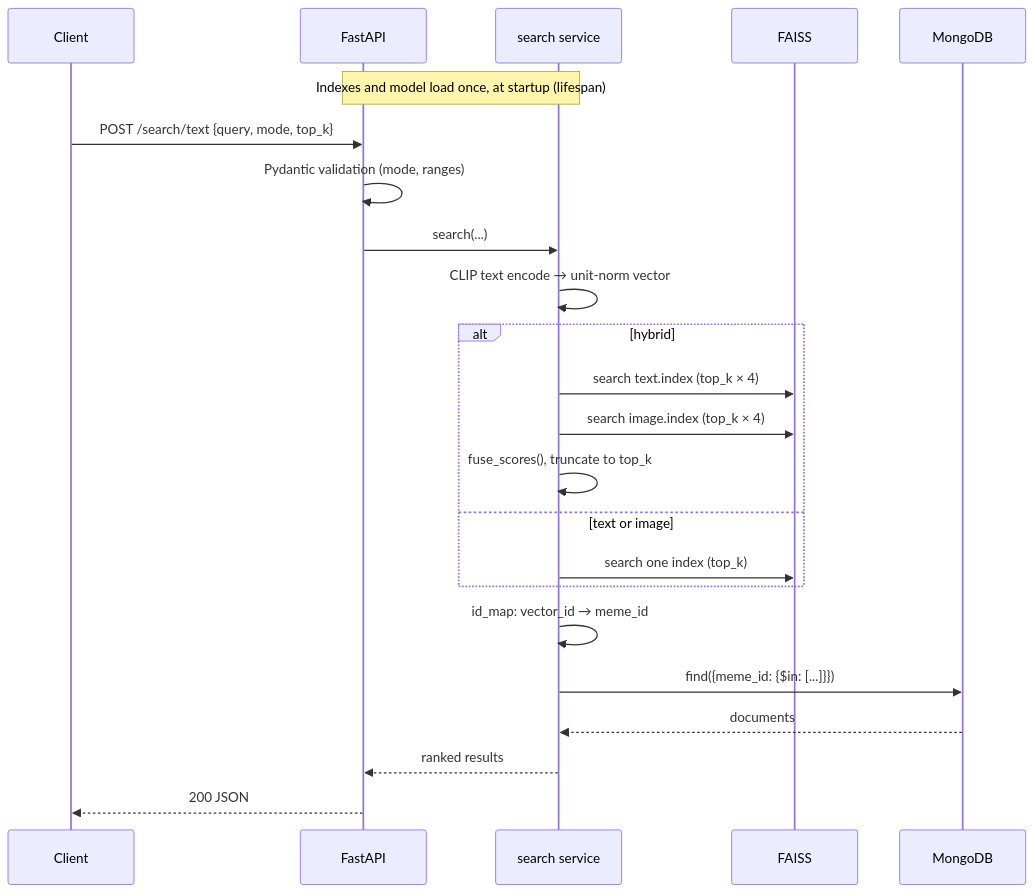
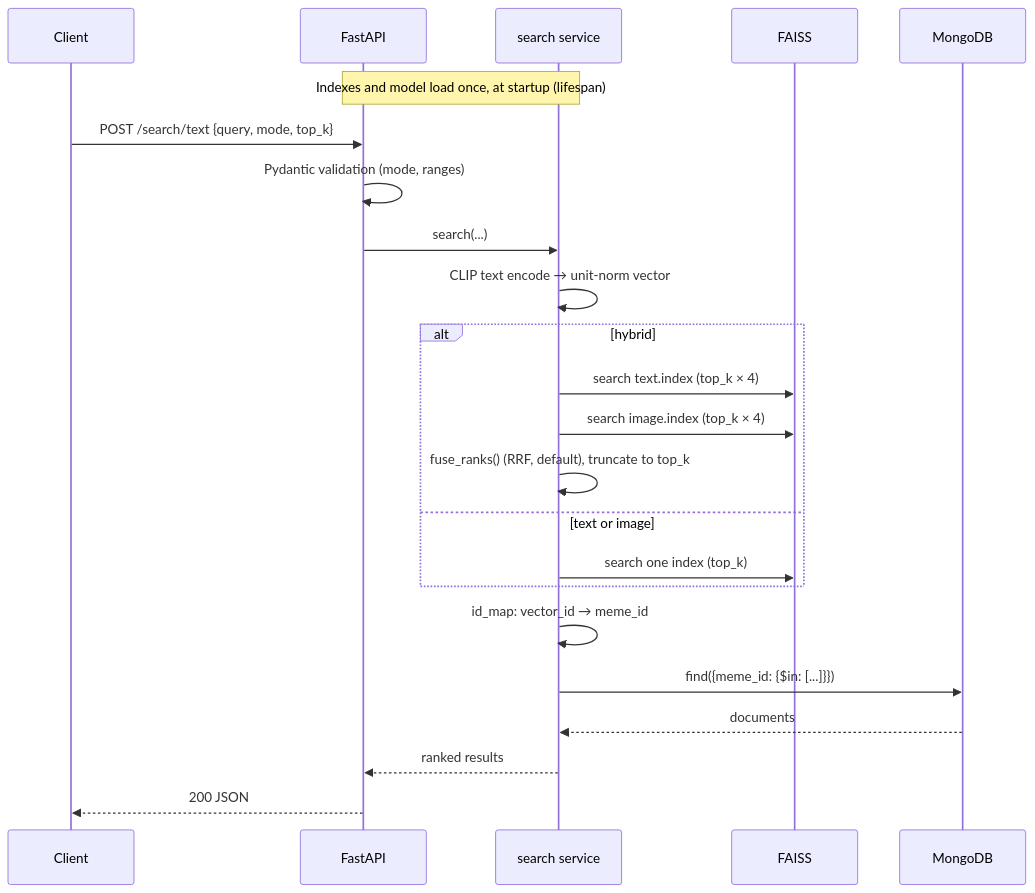
Before and after one commit to SreenityaThatikunta/meme-search: the third of 3 diagrams in docs/ARCHITECTURE.md, drawn with Mermaid. The commit also changed other lines of this file and 22 other files, not shown here.

````diff
--- a/docs/ARCHITECTURE.md
+++ b/docs/ARCHITECTURE.md
@@ -168,26 +168,26 @@
 ```mermaid
 sequenceDiagram
     participant C as Client
     participant A as FastAPI
     participant S as search service
     participant F as FAISS
     participant M as MongoDB
 
     Note over A,S: Indexes and model load once, at startup (lifespan)
     C->>A: POST /search/text {query, mode, top_k}
     A->>A: Pydantic validation (mode, ranges)
     A->>S: search(...)
     S->>S: CLIP text encode → unit-norm vector
     alt hybrid
         S->>F: search text.index (top_k × 4)
         S->>F: search image.index (top_k × 4)
-        S->>S: fuse_scores(), truncate to top_k
+        S->>S: fuse_ranks() (RRF, default), truncate to top_k
     else text or image
         S->>F: search one index (top_k)
     end
     S->>S: id_map: vector_id → meme_id
     S->>M: find({meme_id: {$in: [...]}})
     M-->>S: documents
     S-->>A: ranked results
     A-->>C: 200 JSON
 ```
````
